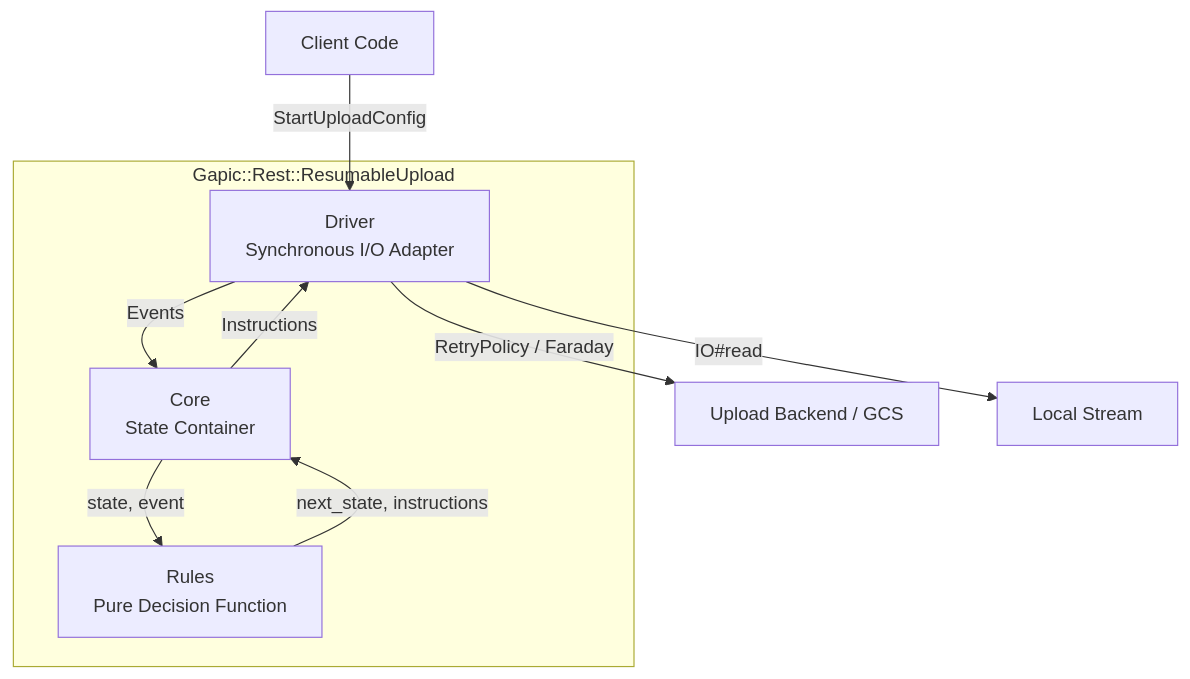
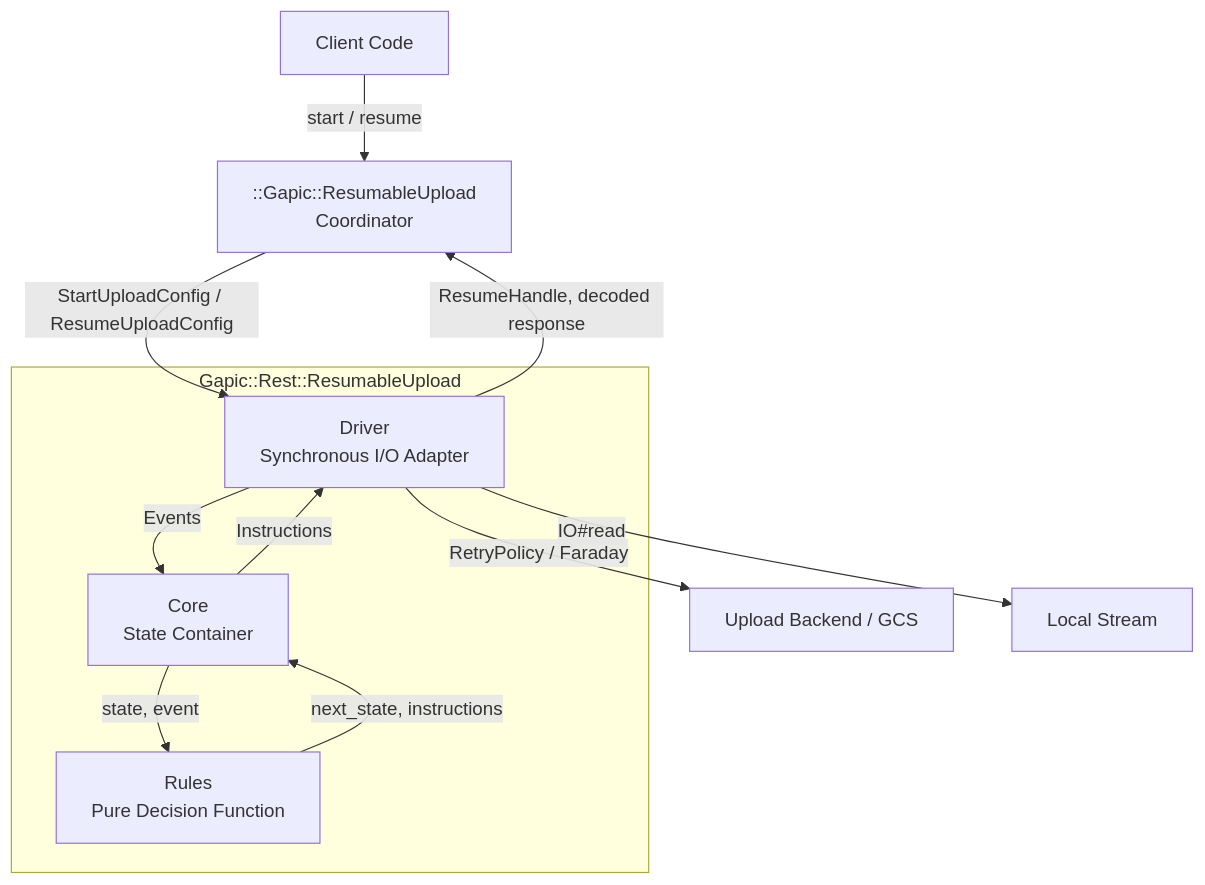
Before and after one commit to googleapis/ruby-core-libraries: the first of 2 diagrams in gapic-common/design/resumable_upload/implementation-guide.md, drawn with Mermaid. The commit also changed 3 other files, not shown here.

First line of the commit message:
docs(resumable-upload): fix stale resume example and document handle replacement

````diff
--- a/gapic-common/design/resumable_upload/implementation-guide.md
+++ b/gapic-common/design/resumable_upload/implementation-guide.md
@@ -7,12 +7,14 @@
 ```mermaid
 graph TD
-    Client[Client Code] -->|StartUploadConfig| Driver
+    Client[Client Code] -->|start / resume| Coordinator["::Gapic::ResumableUpload <br/> Coordinator"]
+    Coordinator -->|StartUploadConfig / ResumeUploadConfig| Driver
+    Driver -->|ResumeHandle, decoded response| Coordinator
     subgraph Gapic::Rest::ResumableUpload
         Driver[Driver <br/> Synchronous I/O Adapter] -->|Events| Core[Core <br/> State Container]
         Core -->|Instructions| Driver
         Core -->|state, event| Rules[Rules <br/> Pure Decision Function]
         Rules -->|next_state, instructions| Core
     end
     Driver -->|RetryPolicy / Faraday| Server[Upload Backend / GCS]
     Driver -->|IO#read| Stream[Local Stream]
 ```
````
